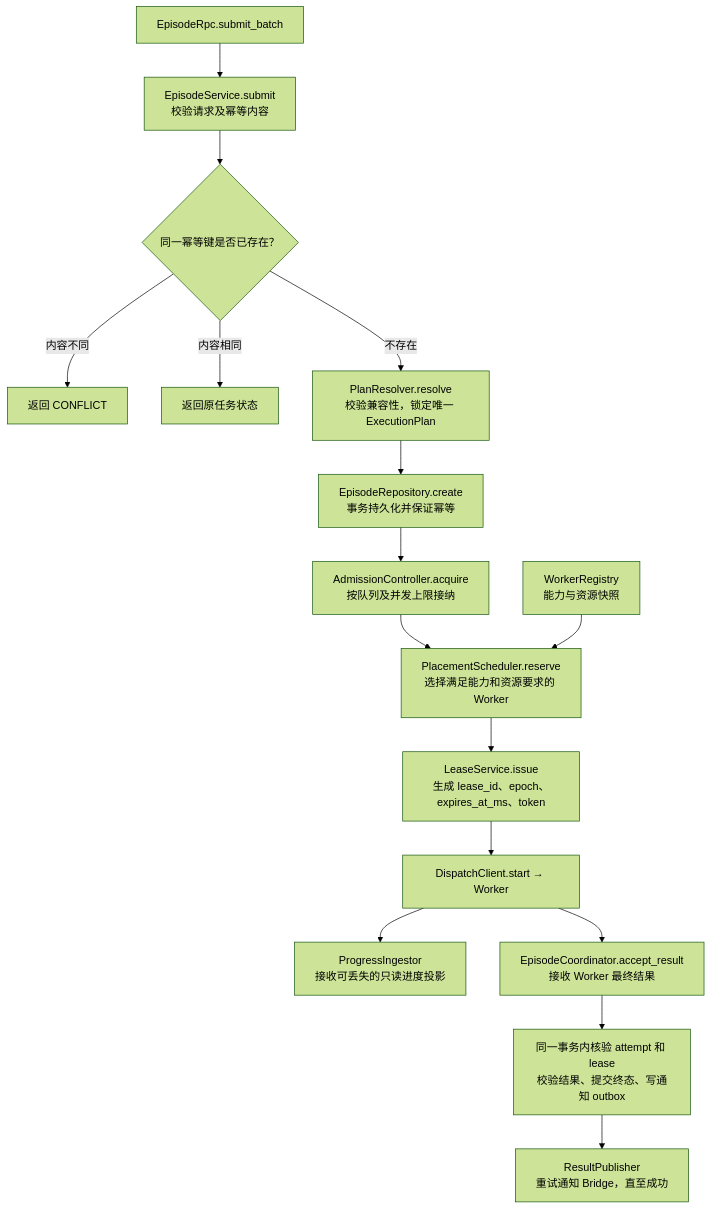
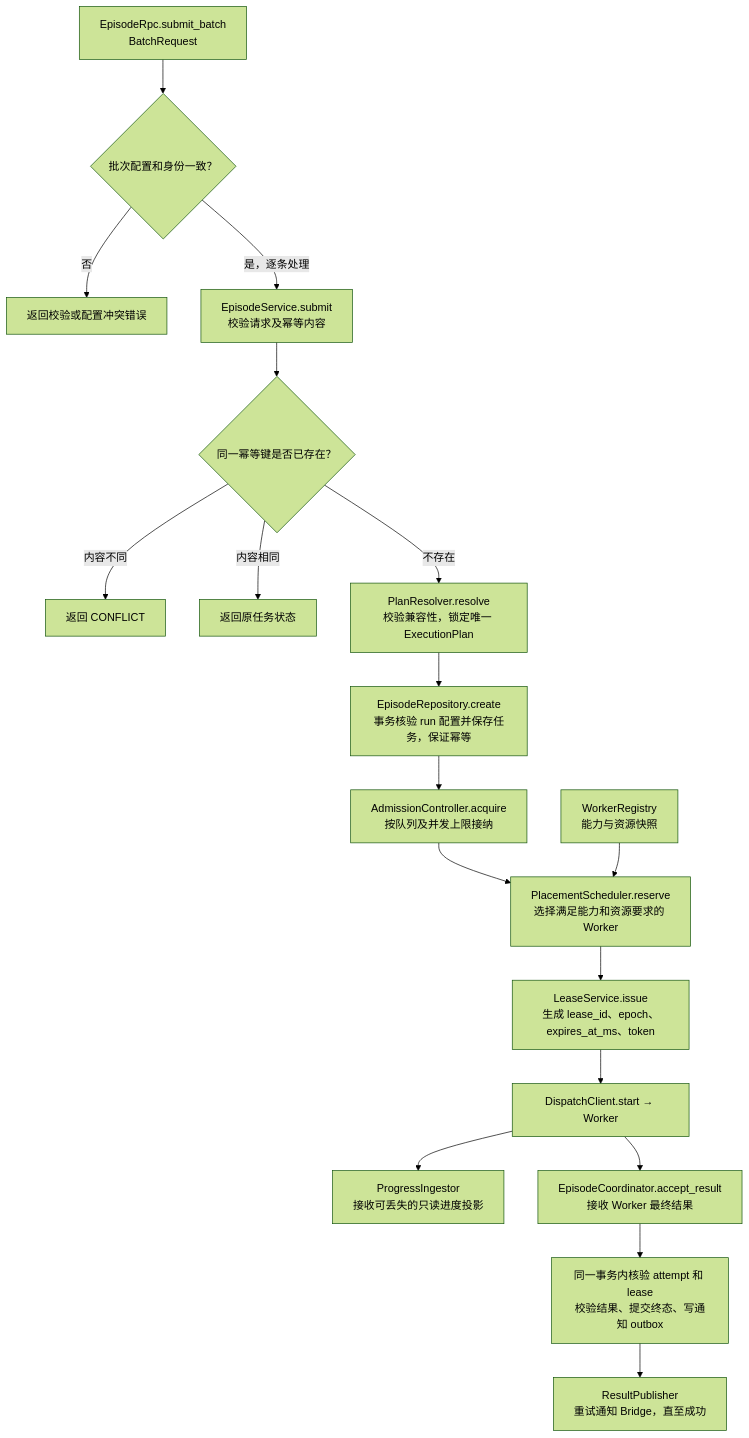
Before and after one commit to audreyyan1015/uenv_design: the fifth of 16 diagrams in docs/uenv_design.md, drawn with Mermaid (forest theme). The commit also changed other lines of this file and 34 other files, not shown here.

Commit message:
Submit shared run configuration with each episode batch

````diff
--- a/docs/uenv_design.md
+++ b/docs/uenv_design.md
@@ -279,18 +280,20 @@
 ```mermaid
 flowchart TB
-  RPC[EpisodeRpc.submit_batch] --> SERVICE[EpisodeService.submit<br/>校验请求及幂等内容]
+  RPC[EpisodeRpc.submit_batch<br/>BatchRequest] --> CONFIG{批次配置和身份一致？}
+  CONFIG -->|否| REJECT[返回校验或配置冲突错误]
+  CONFIG -->|是，逐条处理| SERVICE[EpisodeService.submit<br/>校验请求及幂等内容]
   SERVICE --> EXIST{同一幂等键是否已存在？}
   EXIST -->|内容不同| CONFLICT[返回 CONFLICT]
   EXIST -->|内容相同| ORIGINAL[返回原任务状态]
   EXIST -->|不存在| PLAN[PlanResolver.resolve<br/>校验兼容性，锁定唯一 ExecutionPlan]
-  PLAN --> SAVE[EpisodeRepository.create<br/>事务持久化并保证幂等]
+  PLAN --> SAVE[EpisodeRepository.create<br/>事务核验 run 配置并保存任务，保证幂等]
   SAVE --> ADMIT[AdmissionController.acquire<br/>按队列及并发上限接纳]
   ADMIT --> PLACE[PlacementScheduler.reserve<br/>选择满足能力和资源要求的 Worker]
   REGISTRY[WorkerRegistry<br/>能力与资源快照] --> PLACE
   PLACE --> LEASE[LeaseService.issue<br/>生成 lease_id、epoch、expires_at_ms、token]
   LEASE --> DISPATCH[DispatchClient.start → Worker]
   DISPATCH --> EVENTS[ProgressIngestor<br/>接收可丢失的只读进度投影]
   DISPATCH --> RESULT[EpisodeCoordinator.accept_result<br/>接收 Worker 最终结果]
   RESULT --> TX[同一事务内核验 attempt 和 lease<br/>校验结果、提交终态、写通知 outbox]
   TX --> PUBLISH[ResultPublisher<br/>重试通知 Bridge，直至成功]
 ```
````
